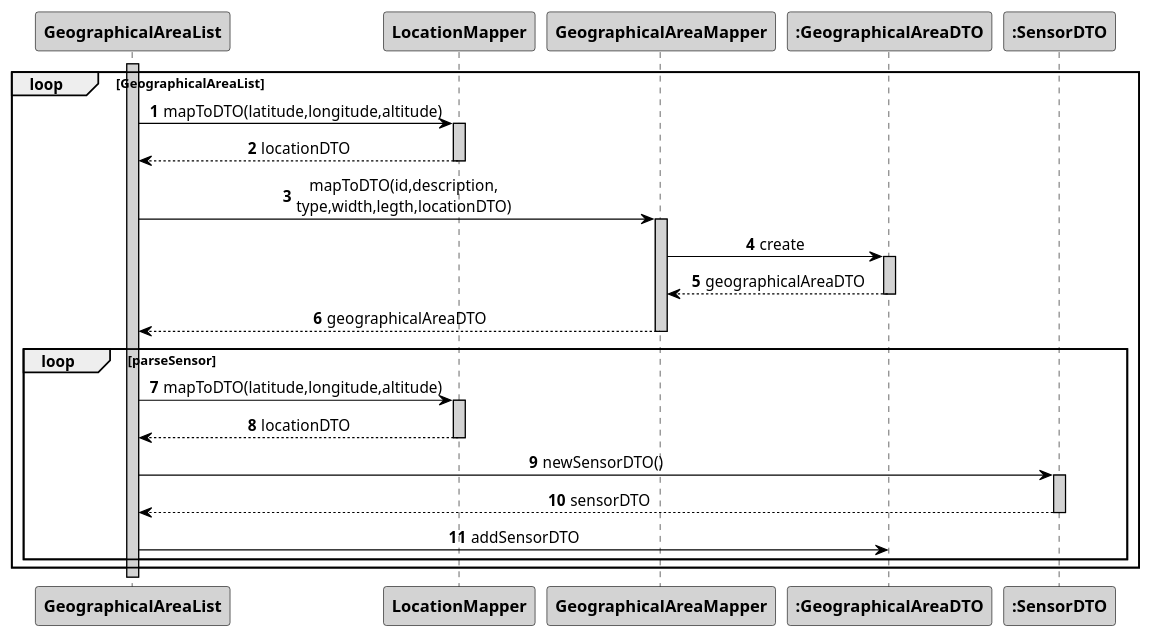
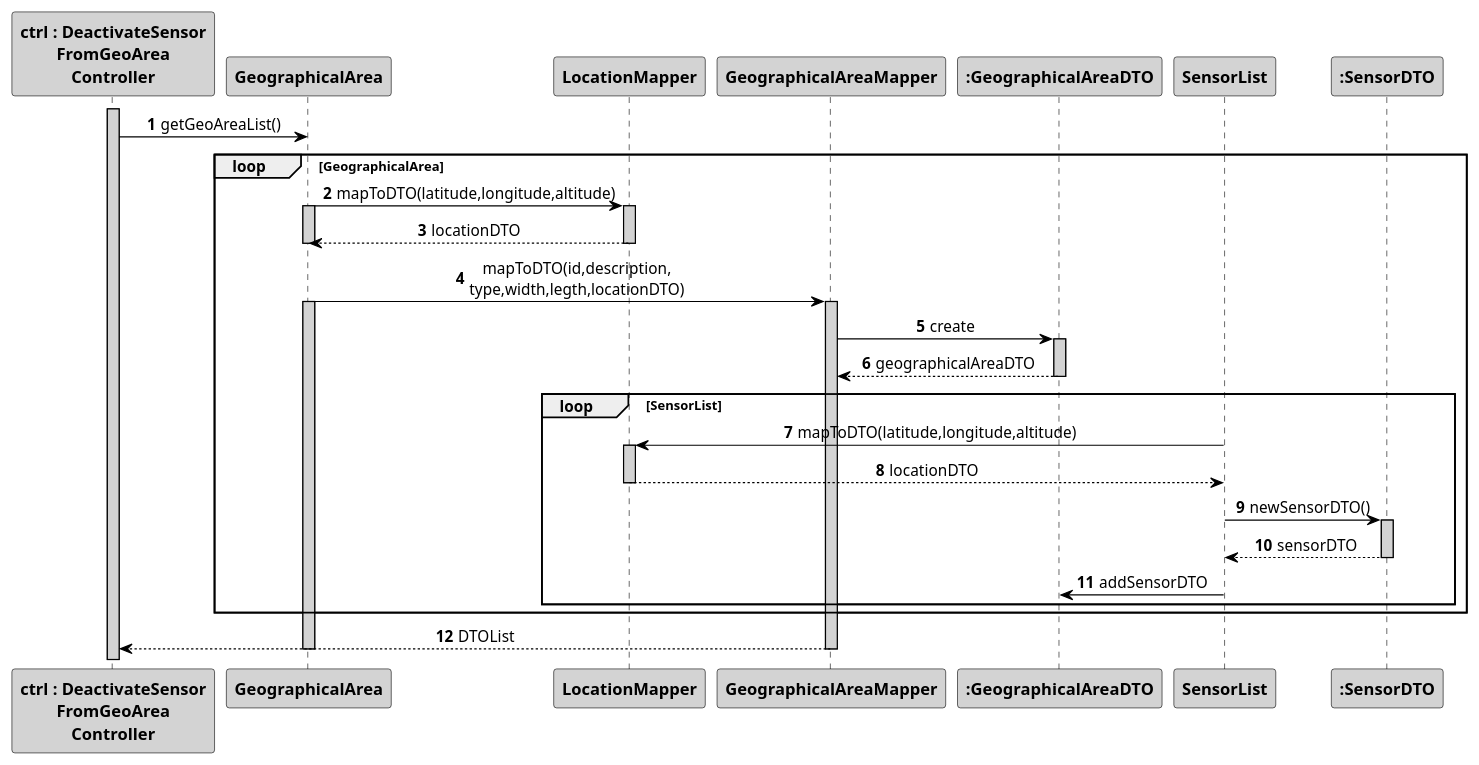
One commit to 1181687/hateoasToy changed the diagram in src/main/java/pt/ipp/isep/dei/project/controllers/deactivatesensorfromgeoarea/SD_ref_DeactivateSensorFromGeoArea.puml. Above: the diagram before and after it, drawn with PlantUML. The commit also changed 1 other file, not shown here.

Commit message:
Addresses #147. More updates to the sequence diagram.

```diff
--- a/src/main/java/pt/ipp/isep/dei/project/controllers/deactivatesensorfromgeoarea/SD_ref_DeactivateSensorFromGeoArea.puml
+++ b/src/main/java/pt/ipp/isep/dei/project/controllers/deactivatesensorfromgeoarea/SD_ref_DeactivateSensorFromGeoArea.puml
@@ -1,50 +1,57 @@
 @startuml
 autonumber
 skinparam sequenceMessageAlign center
 skinparam sequence {
 	ArrowColor Black
 	ActorBorderColor DarkBlue
 	LifeLineBorderColor black
 	LifeLineBackgroundColor LightGrey
 
 	ParticipantBorderColor Black
 	ParticipantBackgroundColor LightGrey
 	ParticipantFontStyle Bold
 
 	ActorBackgroundColor DimGrey
 	ActorFontColor DeepSkyBlue
 	ActorFontStyle Bold
 	ActorFontSize 17
 	ActorFontName Aapex
 }
+activate "ctrl : DeactivateSensor\nFromGeoArea\nController"
+"ctrl : DeactivateSensor\nFromGeoArea\nController" -> GeographicalArea: getGeoAreaList()
 
-loop GeographicalAreaList
-activate "GeographicalAreaList"
-"GeographicalAreaList" -> "LocationMapper": mapToDTO(latitude,longitude,altitude)
+loop GeographicalArea
+
+"GeographicalArea" -> "LocationMapper": mapToDTO(latitude,longitude,altitude)
+activate "GeographicalArea"
 activate "LocationMapper"
-"LocationMapper" --> "GeographicalAreaList": locationDTO
+"LocationMapper" --> "GeographicalArea": locationDTO
+deactivate GeographicalArea
 deactivate "LocationMapper"
-"GeographicalAreaList" -> "GeographicalAreaMapper": mapToDTO(id,description,\ntype,width,legth,locationDTO)
+"GeographicalArea" -> "GeographicalAreaMapper": mapToDTO(id,description,\ntype,width,legth,locationDTO)
+activate GeographicalArea
 activate "GeographicalAreaMapper"
 "GeographicalAreaMapper" -> ":GeographicalAreaDTO" :  create
 activate ":GeographicalAreaDTO"
 ":GeographicalAreaDTO" --> "GeographicalAreaMapper": geographicalAreaDTO
 deactivate ":GeographicalAreaDTO"
 
-"GeographicalAreaMapper" --> "GeographicalAreaList": geographicalAreaDTO
+loop SensorList
+"SensorList" -> "LocationMapper": mapToDTO(latitude,longitude,altitude)
+activate "LocationMapper"
+"LocationMapper" --> "SensorList": locationDTO
+deactivate "LocationMapper"
+"SensorList" -> ":SensorDTO": newSensorDTO()
+activate ":SensorDTO"
+":SensorDTO" --> "SensorList": sensorDTO
+deactivate ":SensorDTO"
+"SensorList" -> ":GeographicalAreaDTO" : addSensorDTO
+end
+end
+"GeographicalAreaMapper" --> "ctrl : DeactivateSensor\nFromGeoArea\nController" :DTOList
+deactivate GeographicalArea
 deactivate "GeographicalAreaMapper"
 
-loop parseSensor
-"GeographicalAreaList" -> "LocationMapper": mapToDTO(latitude,longitude,altitude)
-activate "LocationMapper"
-"LocationMapper" --> "GeographicalAreaList": locationDTO
-deactivate "LocationMapper"
-"GeographicalAreaList" -> ":SensorDTO": newSensorDTO()
-activate ":SensorDTO"
-":SensorDTO" --> "GeographicalAreaList": sensorDTO
-deactivate ":SensorDTO"
-"GeographicalAreaList" -> ":GeographicalAreaDTO" : addSensorDTO
 
-end
-end
+
 @enduml
```
